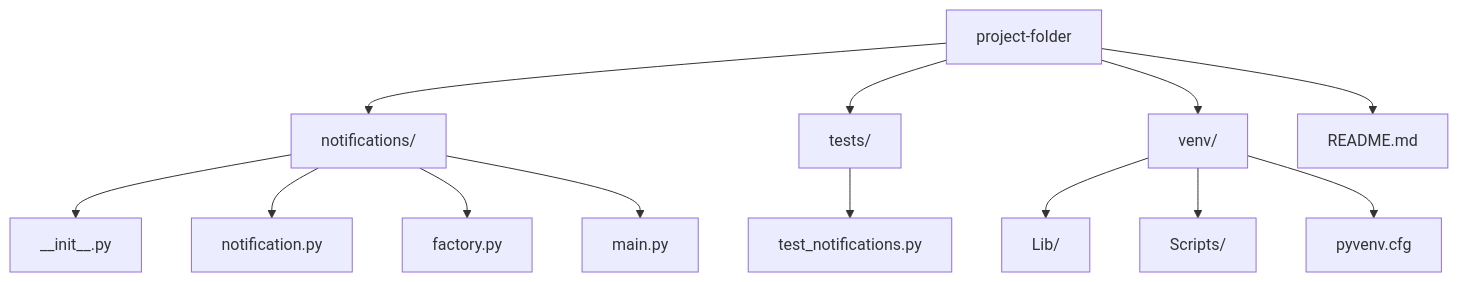
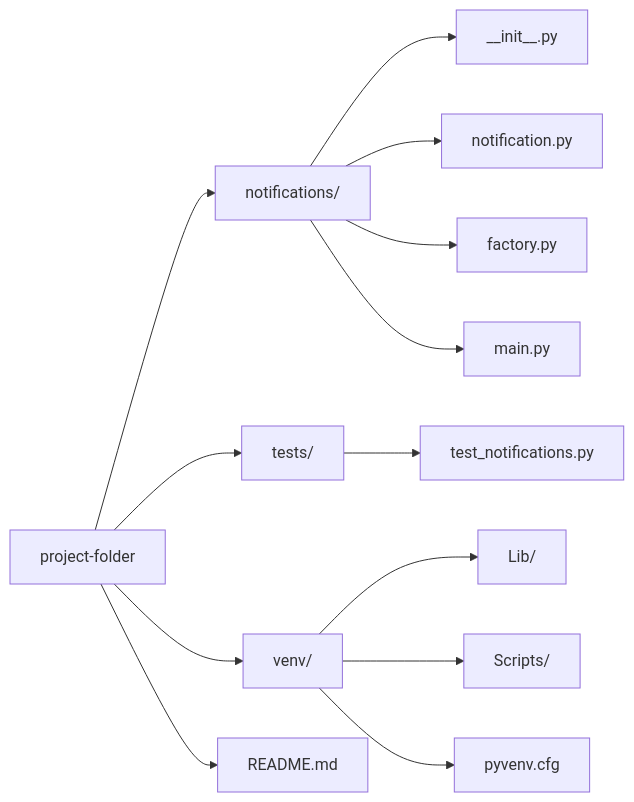
One commit to nathasjafink/Design-Patterns-Code-Examples changed the diagram in factory/notifications/README.md. Above: the diagram before and after it, drawn with Mermaid.

````diff
--- a/factory/notifications/README.md
+++ b/factory/notifications/README.md
@@ -12,20 +12,20 @@
 ```mermaid
-graph TD
+graph LR
     A[project-folder]
     
     A --> B[notifications/]
     B --> B1[__init__.py]
     B --> B2[notification.py]
     B --> B3[factory.py]
     B --> B4[main.py]
 
     A --> C[tests/]
     C --> C1[test_notifications.py]
 
     A --> D[venv/]
     D --> D1[Lib/]
     D --> D2[Scripts/]
     D --> D3[pyvenv.cfg]
 
     A --> E[README.md]
 ```    
````
